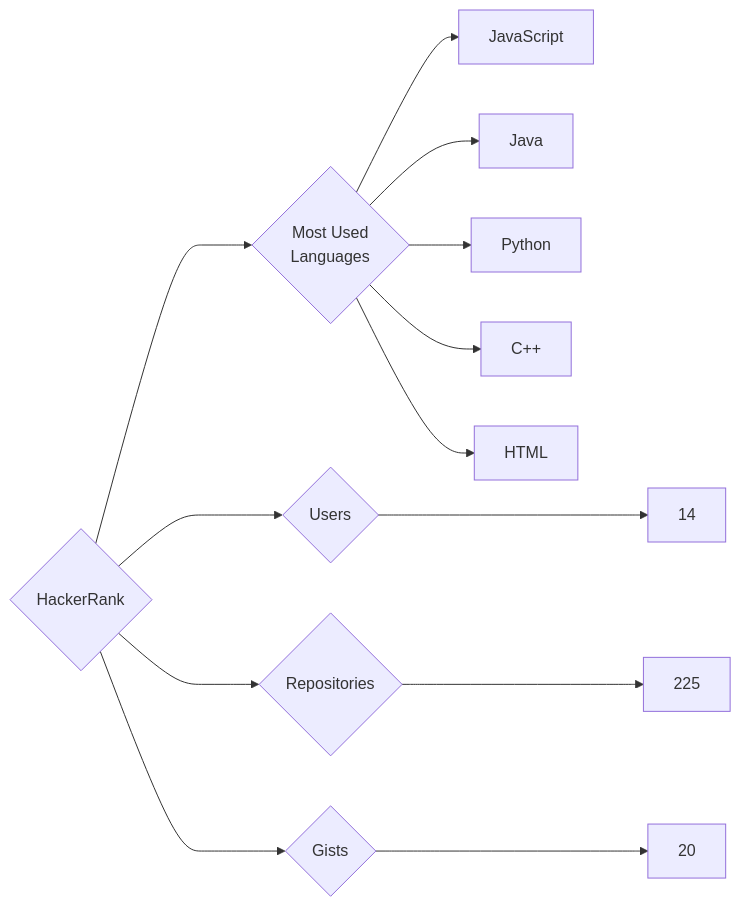
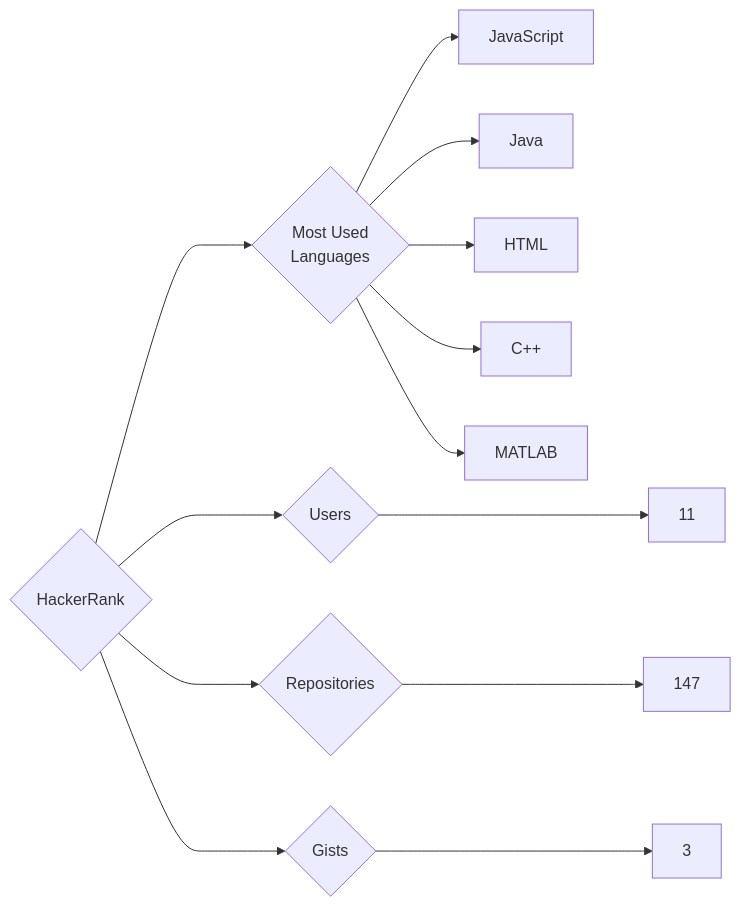
Before and after one commit to trickest/insiders: the diagram in targets/HackerRank/README.md, drawn with Mermaid. The commit also changed 1011 other files, not shown here.

````diff
--- a/targets/HackerRank/README.md
+++ b/targets/HackerRank/README.md
@@ -3,13 +3,13 @@
 ```mermaid
 graph LR
 COMPANY_NAME{HackerRank}
-COMPANY_NAME ---> U{Users} ---> UN[14]
-COMPANY_NAME ---> R{Repositories} ---> RN[225]
-COMPANY_NAME ---> G{Gists} ---> GN[20]
+COMPANY_NAME ---> U{Users} ---> UN[11]
+COMPANY_NAME ---> R{Repositories} ---> RN[147]
+COMPANY_NAME ---> G{Gists} ---> GN[3]
 COMPANY_NAME ---> ML{Most Used<br>Languages}
 ML --> JavaScript[JavaScript]
 ML --> Java[Java]
-ML --> Python[Python]
+ML --> HTML[HTML]
 ML --> C++[C++]
-ML --> HTML[HTML]
+ML --> MATLAB[MATLAB]
 ```
````
